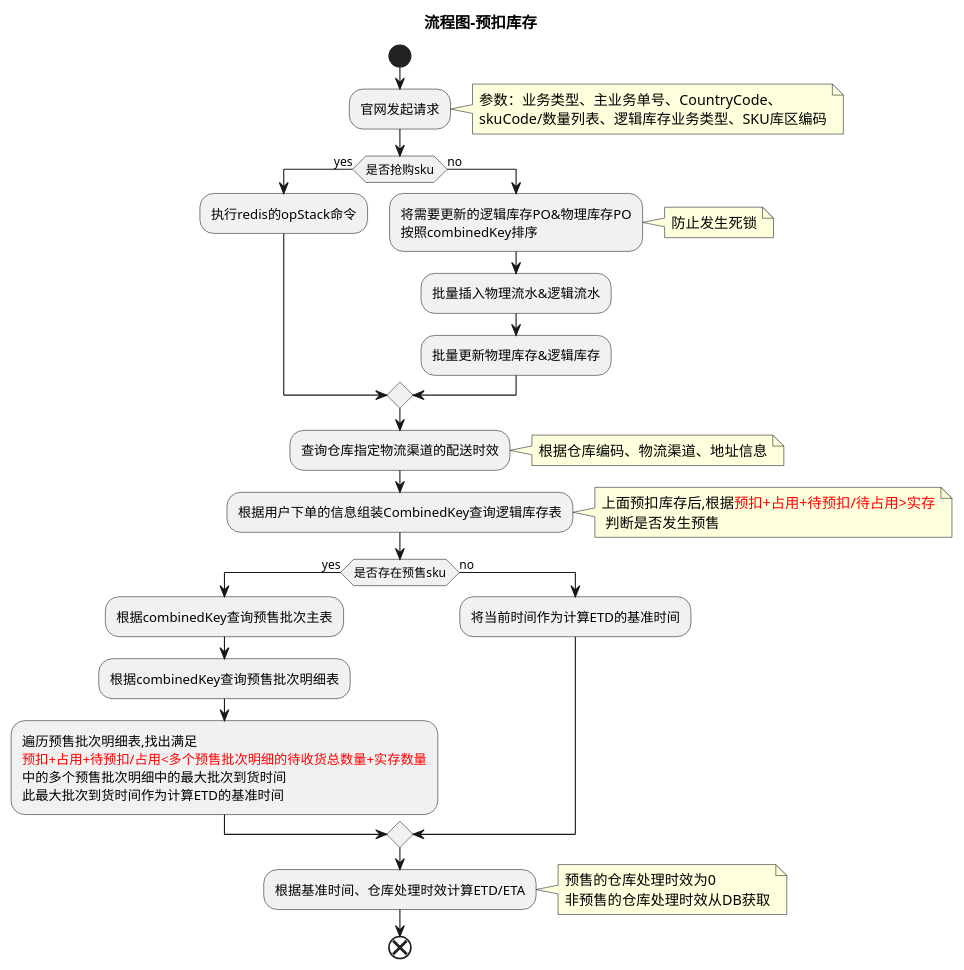
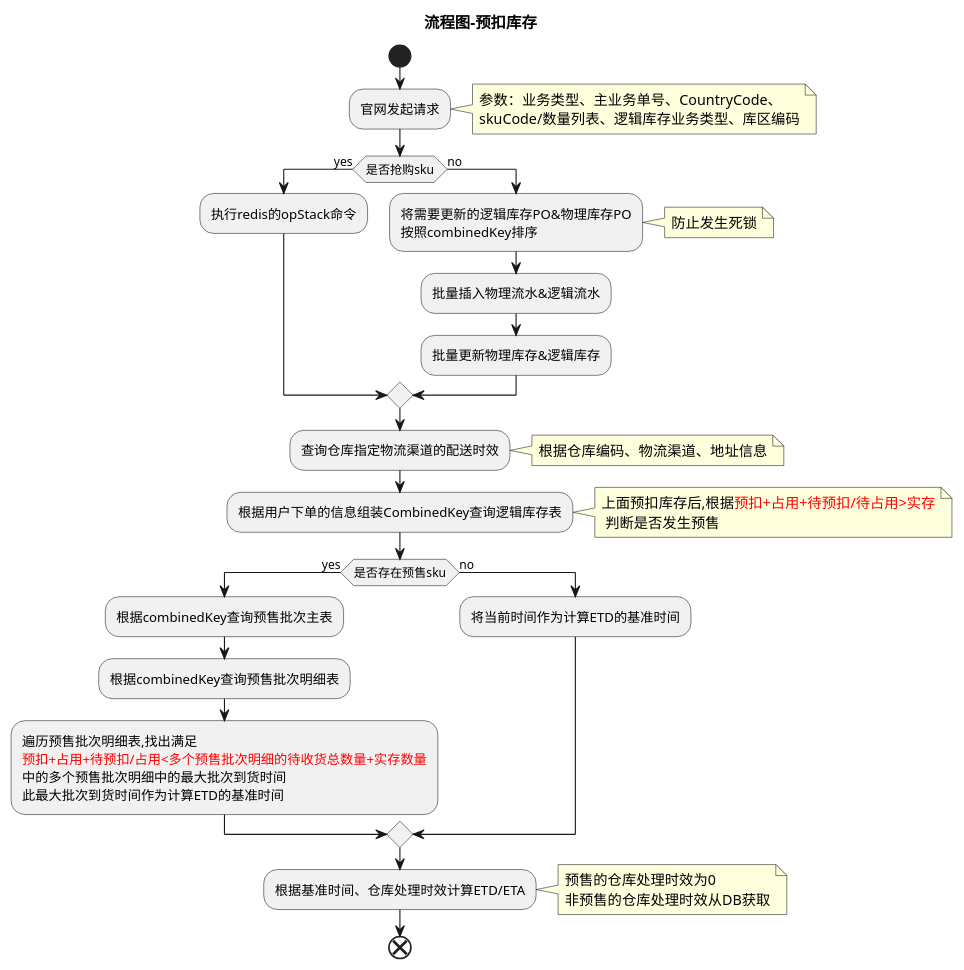
Before and after one commit to newbigTech/myDesignPattern: the diagram in uml/inventory/holdingInventory.puml, drawn with PlantUML.

Commit message:
uml commit

```diff
--- a/uml/inventory/holdingInventory.puml
+++ b/uml/inventory/holdingInventory.puml
@@ -1,50 +1,50 @@
 @startuml
 title 流程图-预扣库存
 start
 :官网发起请求;
 note right
 参数：业务类型、主业务单号、CountryCode、
-skuCode/数量列表、逻辑库存业务类型、SKU库区编码
+skuCode/数量列表、逻辑库存业务类型、库区编码
 end note
 if (是否抢购sku) then (yes)
     :执行redis的opStack命令;
 else (no)
     :将需要更新的逻辑库存PO&物理库存PO
     按照combinedKey排序;
     note right
     防止发生死锁
     end note
     :批量插入物理流水&逻辑流水;
     :批量更新物理库存&逻辑库存;
 endif
 
 :查询仓库指定物流渠道的配送时效;
 note right
 根据仓库编码、物流渠道、地址信息
 end note
 
 :根据用户下单的信息组装CombinedKey查询逻辑库存表;
 note right
 上面预扣库存后,根据<font color=red>预扣+占用+待预扣/待占用>实存
  判断是否发生预售
 end note
 
 if (是否存在预售sku) then (yes)
     :根据combinedKey查询预售批次主表;
     :根据combinedKey查询预售批次明细表;
     :遍历预售批次明细表,找出满足
     <font color=red>预扣+占用+待预扣/占用<多个预售批次明细的待收货总数量+实存数量
     中的多个预售批次明细中的最大批次到货时间
     此最大批次到货时间作为计算ETD的基准时间;
 else (no)
     :将当前时间作为计算ETD的基准时间;
 endif
 
 :根据基准时间、仓库处理时效计算ETD/ETA;
 note right
 预售的仓库处理时效为0
 非预售的仓库处理时效从DB获取
 end note
 
 end
 @enduml
```
